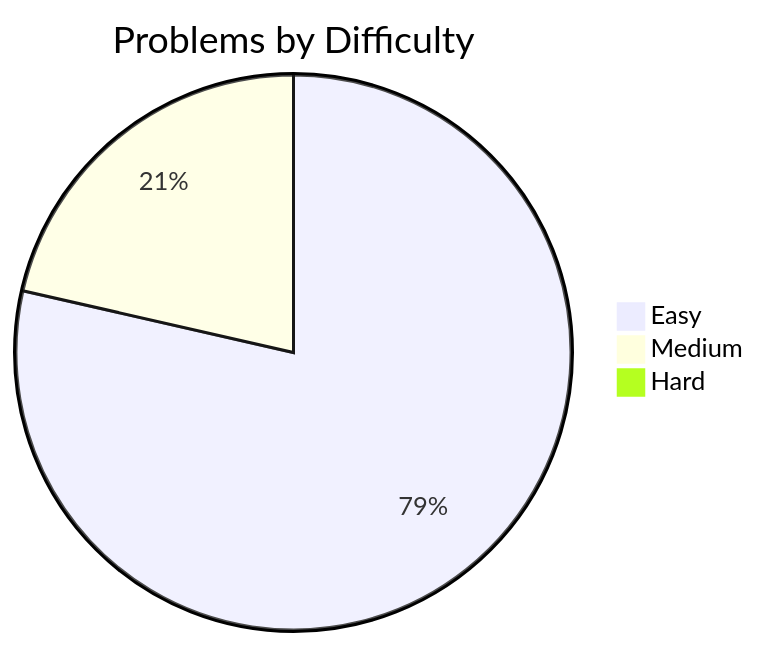
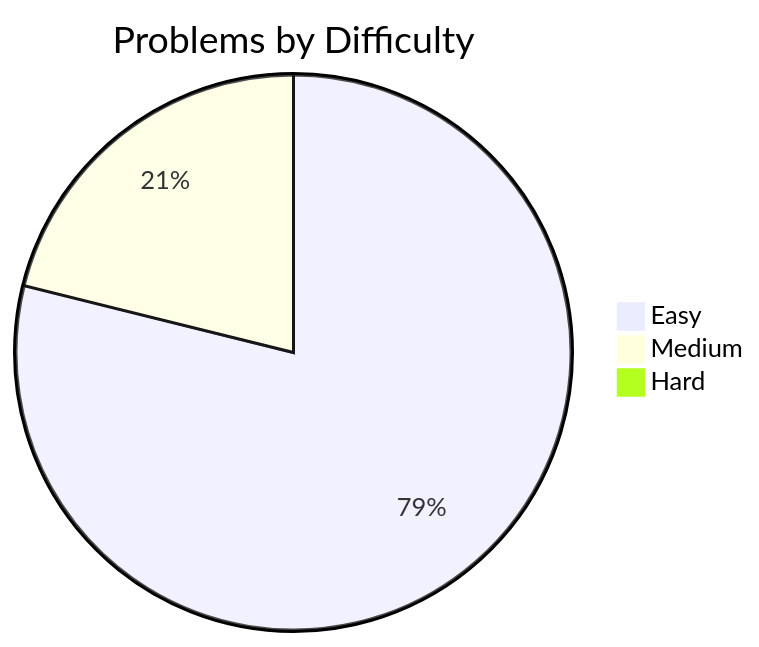
One commit to davelin18yufan/leetcode-journal changed the diagram in README.md. Above: the diagram before and after it, drawn with Mermaid. The commit also changed other lines of this file and 5 other files, not shown here.

````diff
--- a/README.md
+++ b/README.md
@@ -7,7 +7,7 @@
 ```mermaid
 pie
     title Problems by Difficulty
-    "Easy" : 55
+    "Easy" : 56
     "Medium" : 15
     "Hard" : 0
 ```
````
